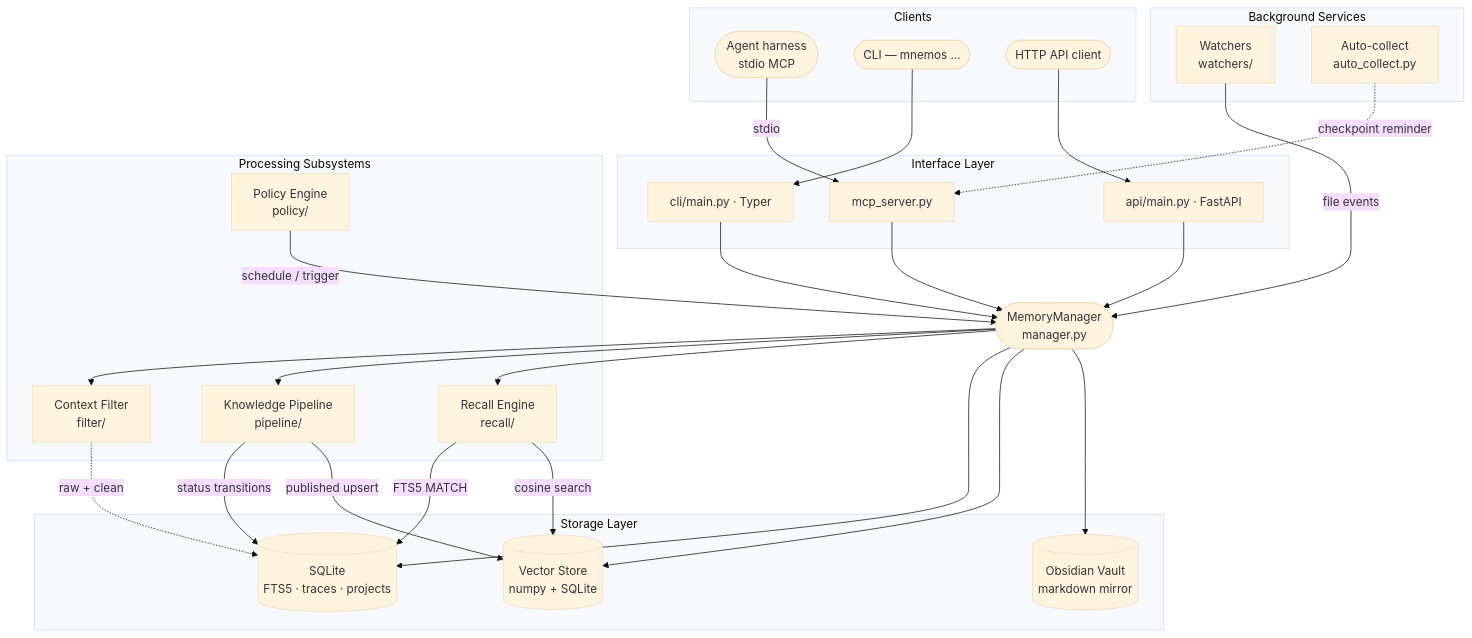
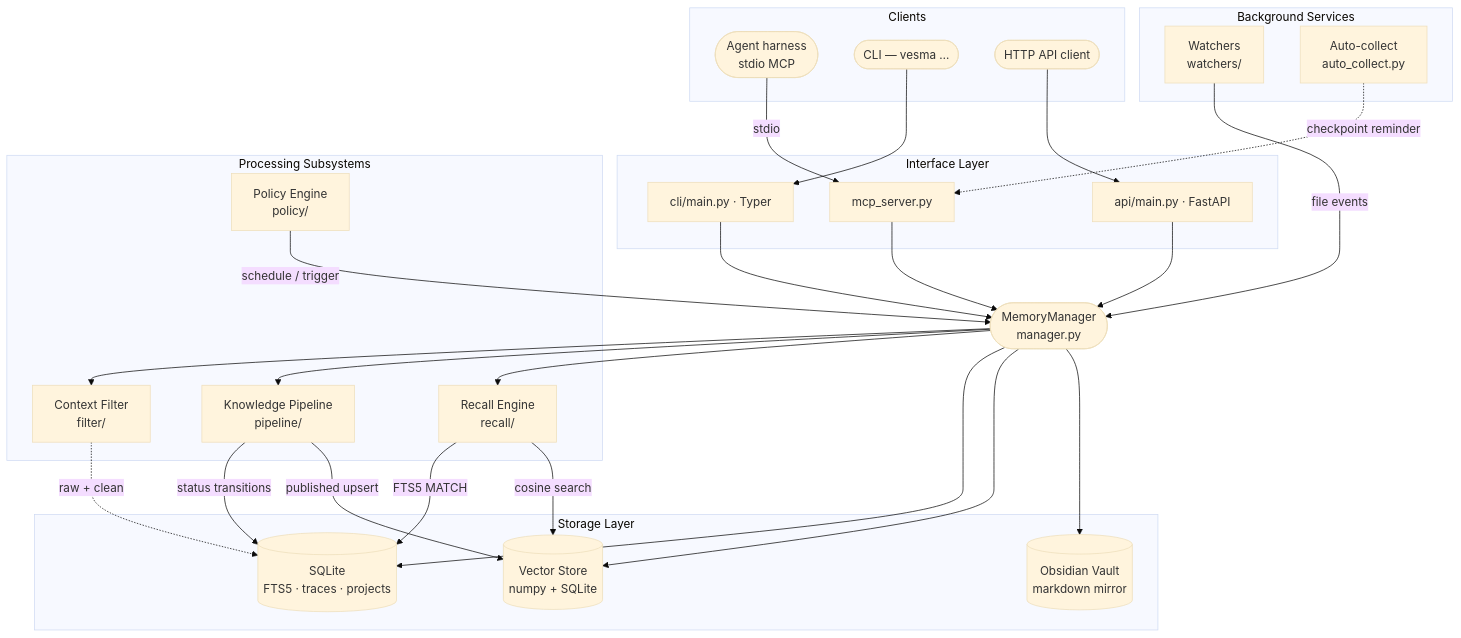
The diagram in README.md (vesmaro/vesma), drawn with Mermaid (base theme) before and after one commit. The commit also changed other lines of this file and 90 other files, not shown here.

Commit message:
rebrand(vesma): docs legend wave — 91 file, EN/RU README h1+badge+CLI, banner alt (file kept), VESMARO_* env canonical in tables, wire-contracts preserved

````diff
--- a/README.md
+++ b/README.md
@@ -246,55 +253,55 @@
 ```mermaid
 flowchart TB
     subgraph CLIENTS["Clients"]
         C1(["Agent harness\nstdio MCP"])
-        C2(["CLI — mnemos …"])
+        C2(["CLI — vesma …"])
         C3(["HTTP API client"])
     end
 
     subgraph IFACE["Interface Layer"]
         MCP["mcp_server.py"]
         FAPI["api/main.py · FastAPI"]
         TYPER["cli/main.py · Typer"]
     end
 
     MGR(["MemoryManager\nmanager.py"])
 
     subgraph PROC["Processing Subsystems"]
         CF["Context Filter\nfilter/"]
         PP["Knowledge Pipeline\npipeline/"]
         RE["Recall Engine\nrecall/"]
         PE["Policy Engine\npolicy/"]
     end
 
     subgraph BG["Background Services"]
         WA["Watchers\nwatchers/"]
         AC["Auto-collect\nauto_collect.py"]
     end
 
     subgraph STORE["Storage Layer"]
         SQ[("SQLite\nFTS5 · traces · projects")]
         VS[("Vector Store\nnumpy + SQLite")]
         VLT[("Obsidian Vault\nmarkdown mirror")]
     end
 
     C1 -->|"stdio"| MCP
     C2 --> TYPER
     C3 --> FAPI
     MCP --> MGR
     TYPER --> MGR
     FAPI --> MGR
     MGR --> CF
     MGR --> PP
     MGR --> RE
     MGR --> SQ
     MGR --> VS
     MGR --> VLT
     CF -.->|"raw + clean"| SQ
     PP -->|"status transitions"| SQ
     PP -->|"published upsert"| VS
     RE -->|"FTS5 MATCH"| SQ
     RE -->|"cosine search"| VS
     PE -->|"schedule / trigger"| MGR
     WA -->|"file events"| MGR
     AC -.->|"checkpoint reminder"| MCP
 ```
````
